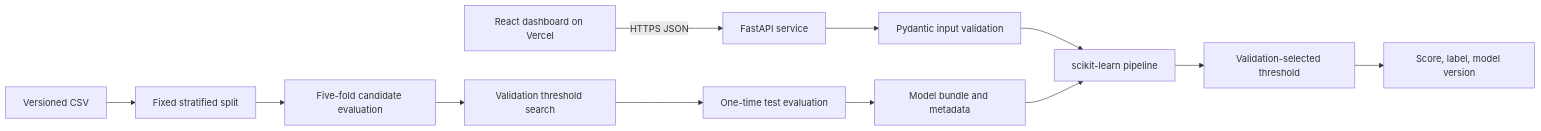
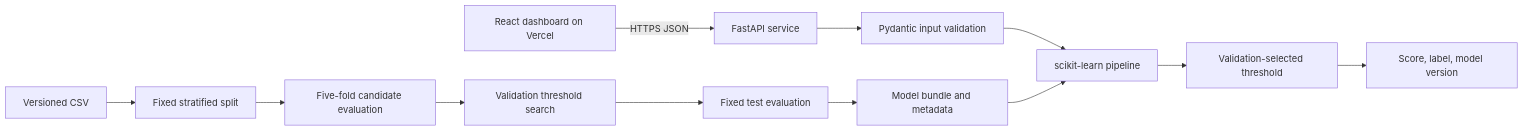
One commit to Szaman07/CSE445-Loan-Approval changed the diagram in docs/ARCHITECTURE.md. Above: the diagram before and after it, drawn with Mermaid. The commit also changed other lines of this file and 34 other files, not shown here.

````diff
--- a/docs/ARCHITECTURE.md
+++ b/docs/ARCHITECTURE.md
@@ -3,14 +3,14 @@
 ```mermaid
 flowchart LR
     U[React dashboard on Vercel] -->|HTTPS JSON| A[FastAPI service]
     A --> V[Pydantic input validation]
     V --> P[scikit-learn pipeline]
     P --> T[Validation-selected threshold]
     T --> R[Score, label, model version]
     D[Versioned CSV] --> S[Fixed stratified split]
     S --> C[Five-fold candidate evaluation]
     C --> H[Validation threshold search]
-    H --> E[One-time test evaluation]
+    H --> E[Fixed test evaluation]
     E --> M[Model bundle and metadata]
     M --> P
 ```
````
